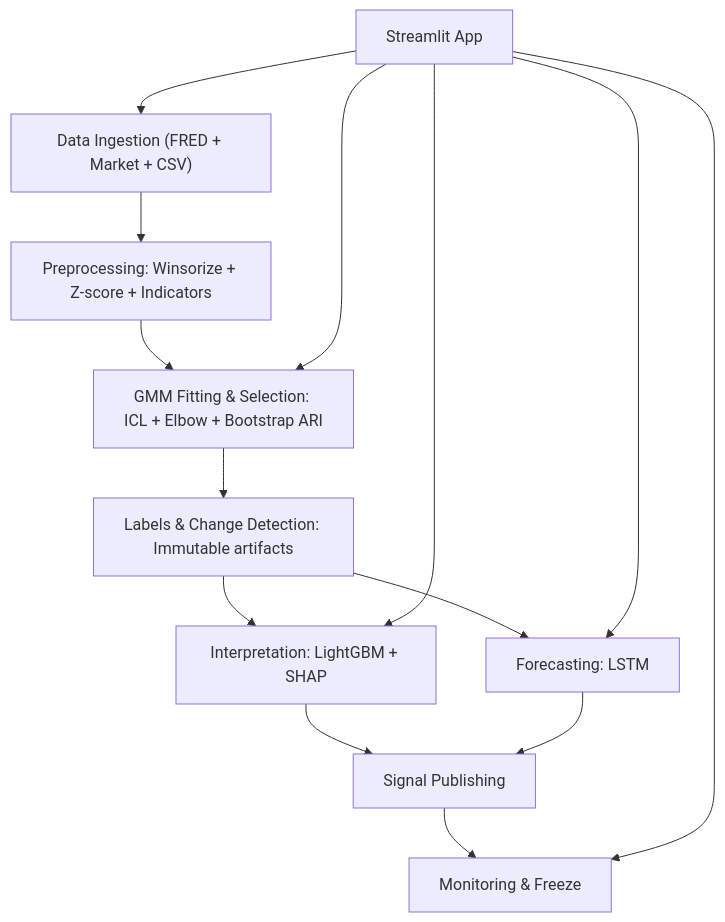
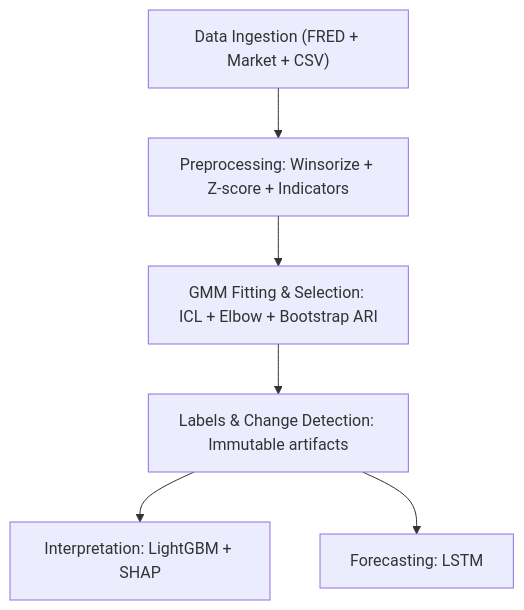
Before and after one commit to hillmatt7/Macro-Regime-Modeling: the diagram in README.md, drawn with Mermaid.

Commit message:
more fixes to mermaid in readme

````diff
--- a/README.md
+++ b/README.md
@@ -36,16 +36,8 @@
 ```mermaid
 graph TD
   A["Data Ingestion (FRED + Market + CSV)"] --> B["Preprocessing: Winsorize + Z-score + Indicators"]
   B --> C["GMM Fitting & Selection: ICL + Elbow + Bootstrap ARI"]
   C --> D["Labels & Change Detection: Immutable artifacts"]
   D --> E["Interpretation: LightGBM + SHAP"]
   D --> F["Forecasting: LSTM"]
-  E --> G["Signal Publishing"]
-  F --> G
-  G --> H["Monitoring & Freeze"]
-  I["Streamlit App"] --> A
-  I --> C
-  I --> E
-  I --> F
-  I --> H
 ```
````
